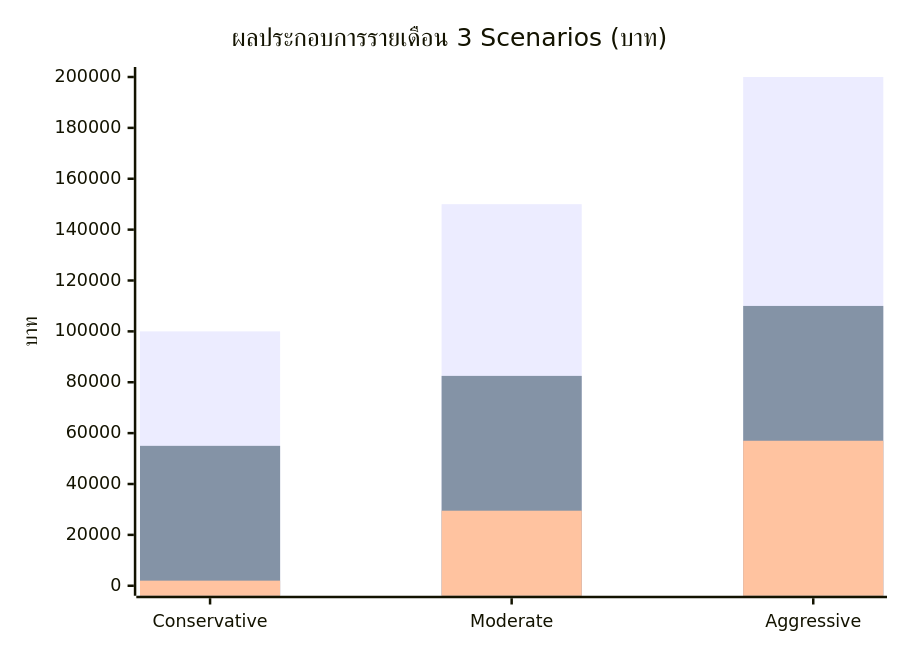
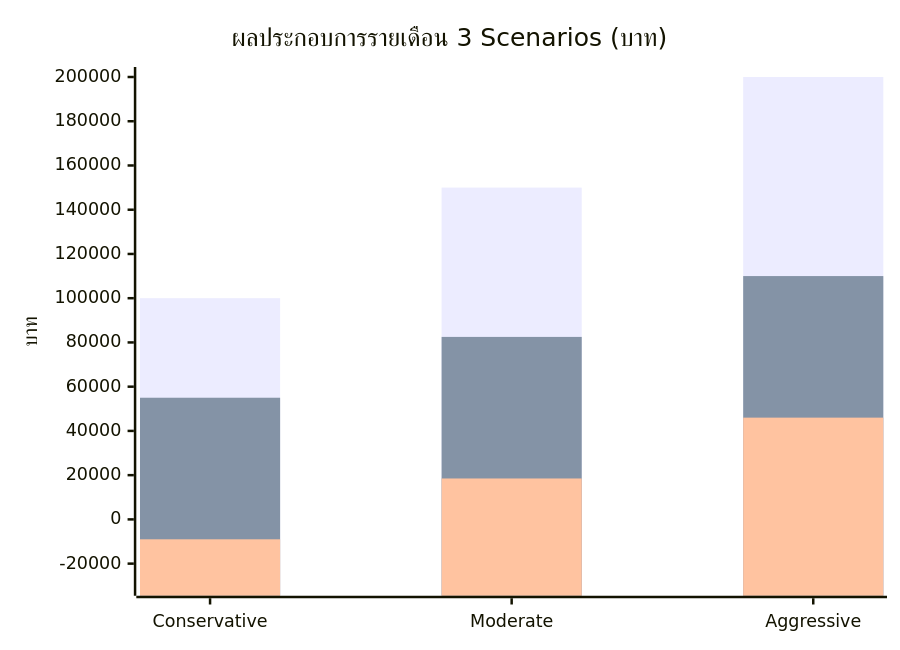
One commit to temsiripuns100/goods-japan-business-plan changed the third of 10 diagrams in README.md. Above: the diagram before and after it, drawn with Mermaid. The commit also changed other lines of this file, not shown here.

````diff
--- a/README.md
+++ b/README.md
@@ -179,9 +184,9 @@
 ```mermaid
 xychart-beta
     title "ผลประกอบการรายเดือน 3 Scenarios (บาท)"
     x-axis ["Conservative", "Moderate", "Aggressive"]
-    y-axis "บาท" 0 --> 200000
+    y-axis "บาท" -30000 --> 200000
     bar [100000, 150000, 200000]
     bar [55000, 82500, 110000]
-    bar [2000, 29500, 57000]
+    bar [-9000, 18500, 46000]
 ```
````
